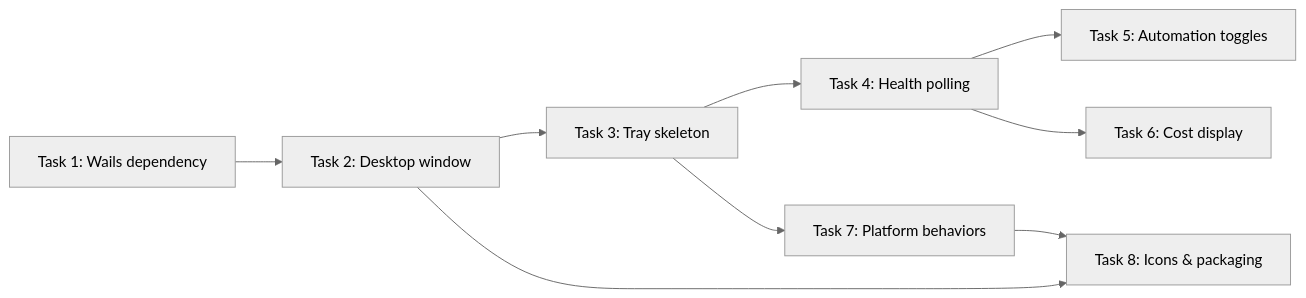
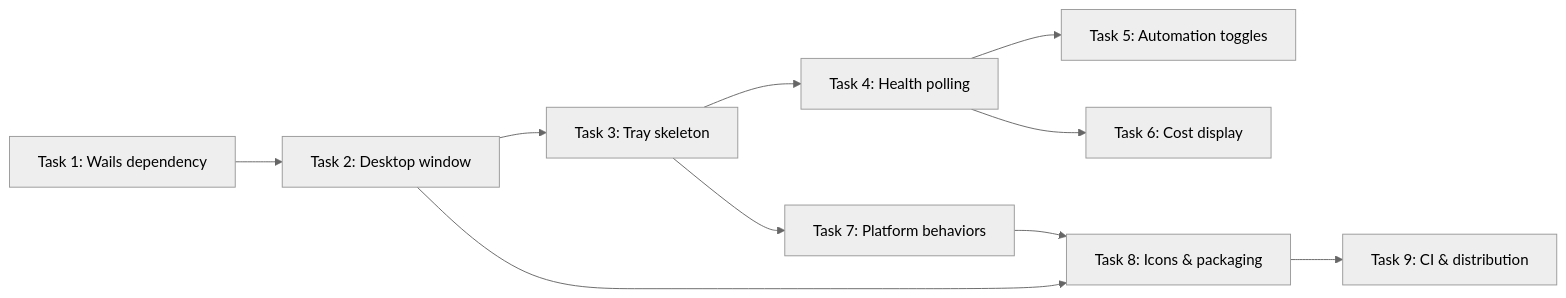
Before and after one commit to changkun/wallfacer: the diagram in specs/local/desktop-app.md, drawn with Mermaid (neutral theme). The commit also changed other lines of this file and 2 other files, not shown here.

Commit message:
specs: add CI & distribution task to desktop-app breakdown

````diff
--- a/specs/local/desktop-app.md
+++ b/specs/local/desktop-app.md
@@ -189,11 +190,12 @@
 ```mermaid
 graph LR
   1[Task 1: Wails dependency] --> 2[Task 2: Desktop window]
   2 --> 3[Task 3: Tray skeleton]
   3 --> 4[Task 4: Health polling]
   4 --> 5[Task 5: Automation toggles]
   4 --> 6[Task 6: Cost display]
   3 --> 7[Task 7: Platform behaviors]
   2 --> 8[Task 8: Icons & packaging]
   7 --> 8
+  8 --> 9[Task 9: CI & distribution]
 ```
````
